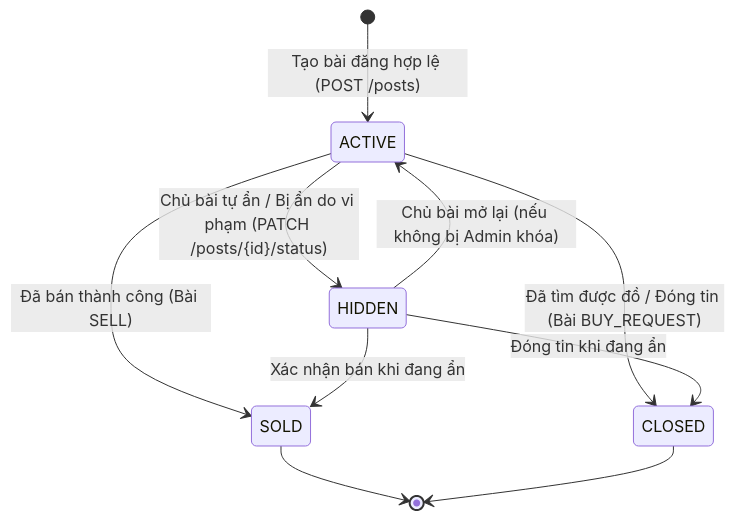
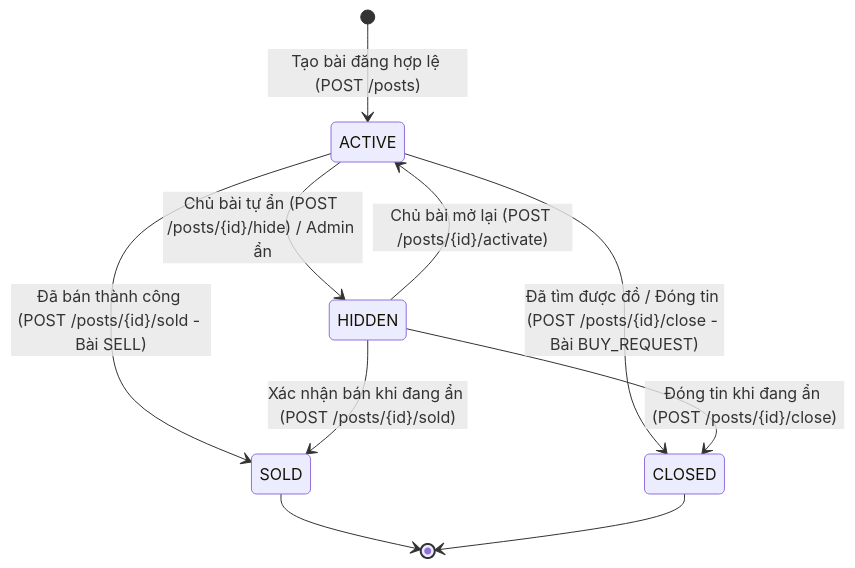
Before and after one commit to danielnguyendbk/campus-marketplace: the second of 5 diagrams in docs/architecture/state_machines.md, drawn with Mermaid. The commit also changed other lines of this file and 13 other files, not shown here.

````diff
--- a/docs/architecture/state_machines.md
+++ b/docs/architecture/state_machines.md
@@ -54,12 +54,12 @@
 ```mermaid
 stateDiagram-v2
     [*] --> ACTIVE: Tạo bài đăng hợp lệ (POST /posts)
-    ACTIVE --> HIDDEN: Chủ bài tự ẩn / Bị ẩn do vi phạm (PATCH /posts/{id}/status)
-    HIDDEN --> ACTIVE: Chủ bài mở lại (nếu không bị Admin khóa)
-    ACTIVE --> SOLD: Đã bán thành công (Bài SELL)
-    ACTIVE --> CLOSED: Đã tìm được đồ / Đóng tin (Bài BUY_REQUEST)
-    HIDDEN --> SOLD: Xác nhận bán khi đang ẩn
-    HIDDEN --> CLOSED: Đóng tin khi đang ẩn
+    ACTIVE --> HIDDEN: Chủ bài tự ẩn (POST /posts/{id}/hide) / Admin ẩn
+    HIDDEN --> ACTIVE: Chủ bài mở lại (POST /posts/{id}/activate)
+    ACTIVE --> SOLD: Đã bán thành công (POST /posts/{id}/sold - Bài SELL)
+    ACTIVE --> CLOSED: Đã tìm được đồ / Đóng tin (POST /posts/{id}/close - Bài BUY_REQUEST)
+    HIDDEN --> SOLD: Xác nhận bán khi đang ẩn (POST /posts/{id}/sold)
+    HIDDEN --> CLOSED: Đóng tin khi đang ẩn (POST /posts/{id}/close)
     SOLD --> [*]
     CLOSED --> [*]
 ```
````
